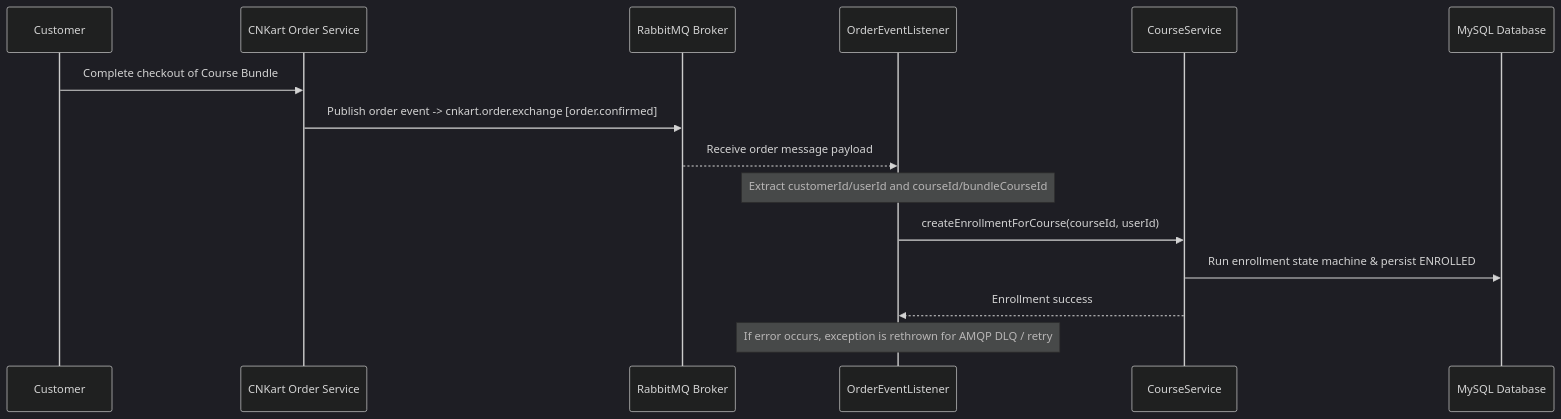
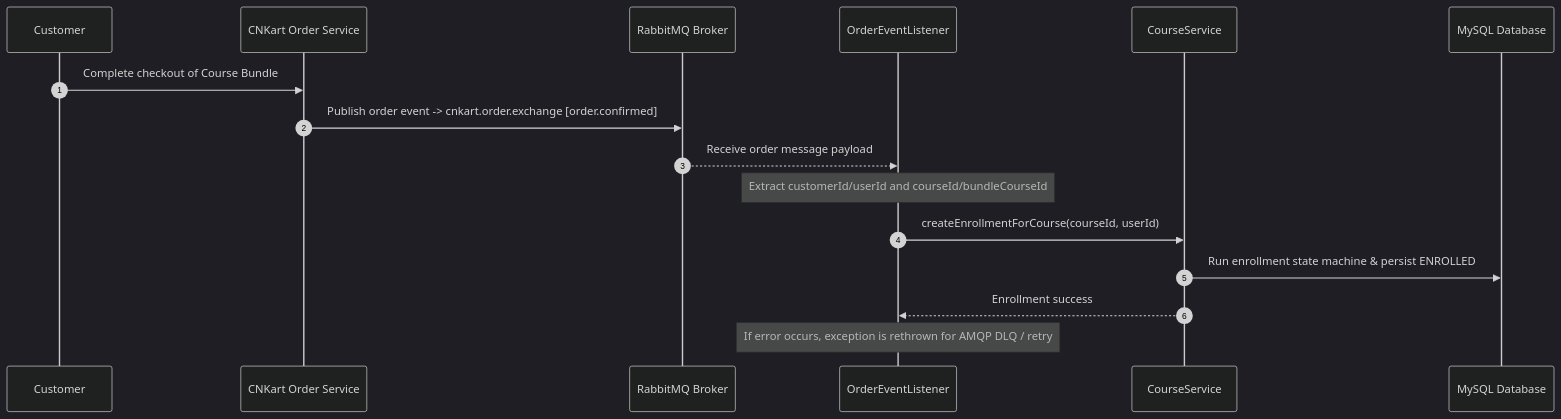
One commit to byte2code/course-service changed the eighth of 9 diagrams in README.md. Above: the diagram before and after it, drawn with Mermaid (dark theme). The commit also changed other lines of this file, not shown here.

Commit message:
docs: expand README to 764 lines preserving all benchmark tables, sequence diagrams, and test strategies

````diff
--- a/README.md
+++ b/README.md
@@ -363,18 +518,19 @@
 ```mermaid
 sequenceDiagram
+    autonumber
     participant Customer as Customer
     participant CNKart as CNKart Order Service
     participant Rabbit as RabbitMQ Broker
     participant Listener as OrderEventListener
     participant CourseSvc as CourseService
     participant MySQL as MySQL Database
 
     Customer->>CNKart: Complete checkout of Course Bundle
     CNKart->>Rabbit: Publish order event -> cnkart.order.exchange [order.confirmed]
     Rabbit-->>Listener: Receive order message payload
     Note over Listener: Extract customerId/userId and courseId/bundleCourseId
     Listener->>CourseSvc: createEnrollmentForCourse(courseId, userId)
     CourseSvc->>MySQL: Run enrollment state machine & persist ENROLLED
     CourseSvc-->>Listener: Enrollment success
     Note over Listener: If error occurs, exception is rethrown for AMQP DLQ / retry
 ```
````
